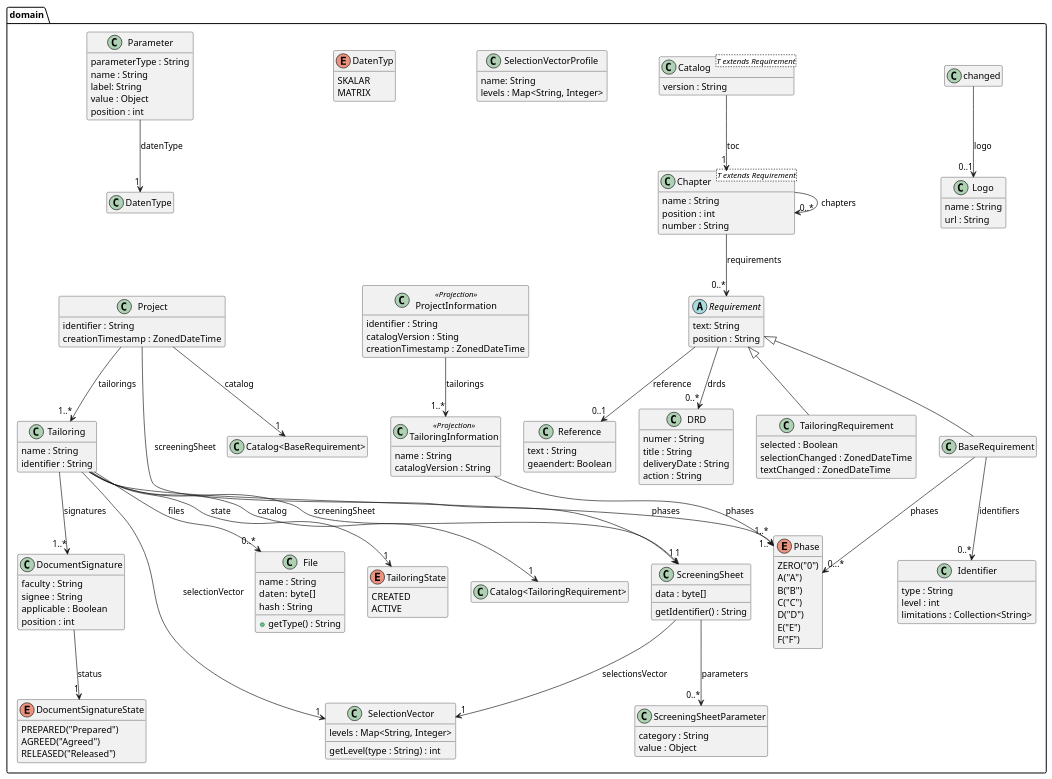
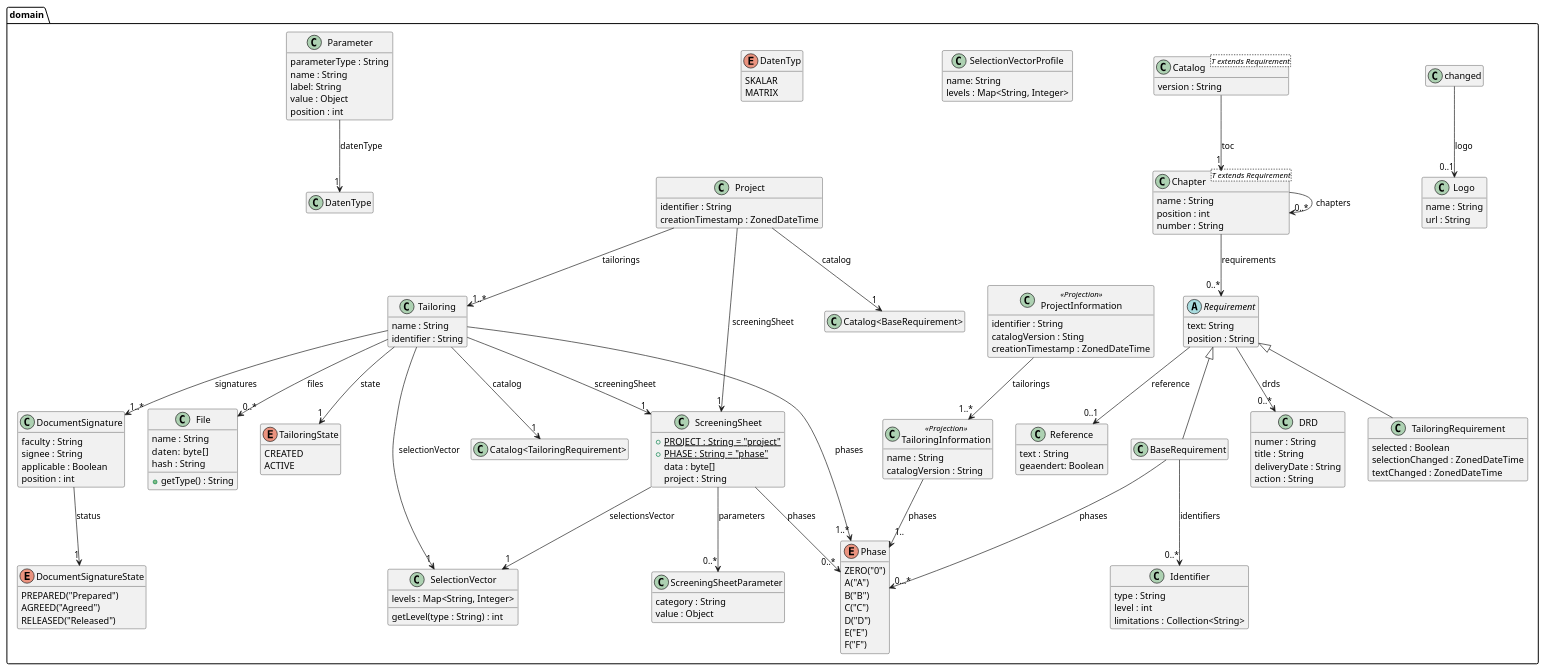
Before and after one commit to tailoringexpert/platform: the diagram in src/site/arc42/plantuml/core/domain/Ebene3.plantuml, drawn with PlantUML. The commit also changed 29 other files, not shown here.

```diff
--- a/src/site/arc42/plantuml/core/domain/Ebene3.plantuml
+++ b/src/site/arc42/plantuml/core/domain/Ebene3.plantuml
@@ -1,171 +1,174 @@
 @startuml Ebene3.png
 skinparam componentStyle uml2
 
 package domain {
 
     class Logo {
         name : String
         url : String
     }
 
     class Reference {
       text : String
       geaendert: Boolean
     }
     changed --> "0..1" Logo : logo
 
     abstract class Requirement{
       text: String
       position : String
     }
     Requirement --> "0..1" Reference : reference
     Requirement --> "0..*" DRD : drds
 
     class DRD {
         numer : String
         title : String
         deliveryDate : String
         action : String
     }
     class Identifier {
         type : String
         level : int
         limitations : Collection<String>
     }
 
     enum Phase {
         ZERO("0")
         A("A")
         B("B")
         C("C")
         D("D")
         E("E")
         F("F")
     }
 
     class BaseRequirement {
     }
     Requirement <|-- BaseRequirement
     BaseRequirement --> "0..*" Identifier : identifiers
     BaseRequirement --> "0...*" Phase : phases
 
 
     class Chapter<T extends Requirement> {
         name : String
         position : int
         number : String
     }
     Chapter --> "0..*" Chapter : chapters
     Chapter --> "0..*" Requirement : requirements
 
     class TailoringRequirement {
         selected : Boolean
         selectionChanged : ZonedDateTime
         textChanged : ZonedDateTime
     }
     Requirement <|-- TailoringRequirement
 
     class Catalog<T extends Requirement> {
         version : String
     }
     Catalog --> "1" Chapter : toc
 
 
     class SelectionVector {
         levels : Map<String, Integer>
         getLevel(type : String) : int
     }
 
     class SelectionVectorProfile {
         name: String
         levels : Map<String, Integer>
     }
 
     class ScreeningSheet {
+        +{static} PROJECT : String = "project"
+        +{static} PHASE : String = "phase"
         data : byte[]
-        getIdentifier() : String
+        project : String
     }
     ScreeningSheet --> "1" SelectionVector : selectionsVector
     ScreeningSheet -->  "0..*" ScreeningSheetParameter : parameters
+    ScreeningSheet -->  "0..*" Phase : phases
 
     class File {
         name : String
         daten:  byte[]
         hash : String
         +getType() : String
     }
 
     enum TailoringState {
         CREATED
         ACTIVE
     }
 
     class Tailoring {
         name : String
         identifier : String
     }
 
     Tailoring --> "1" SelectionVector : selectionVector
     Tailoring --> "1" ScreeningSheet : screeningSheet
     Tailoring --> "1..*" Phase : phases
     Tailoring --> "1" "Catalog<TailoringRequirement>" : catalog
     Tailoring --> "1" TailoringState : state
     Tailoring --> "0..*" File : files
     Tailoring --> "1..*" DocumentSignature : signatures
 
     class Project {
         identifier : String
         creationTimestamp : ZonedDateTime
     }
     Project --> "1..*" Tailoring : tailorings
     Project --> "1" ScreeningSheet : screeningSheet
     Project --> "1" "Catalog<BaseRequirement>" : catalog
 
     enum DatenTyp {
         SKALAR
         MATRIX
     }
 
     class Parameter {
         parameterType : String
         name : String
         label: String
         value : Object
         position : int
     }
     Parameter --> "1" DatenType : datenType
 
     enum DocumentSignatureState {
         PREPARED("Prepared")
         AGREED("Agreed")
         RELEASED("Released")
     }
 
     class DocumentSignature {
         faculty : String
         signee : String
         applicable : Boolean
         position : int
     }
     DocumentSignature --> "1" DocumentSignatureState : status
 
     class TailoringInformation<<Projection>> {
         name : String
         catalogVersion : String
     }
     TailoringInformation --> "1.." Phase : phases
 
     class ProjectInformation<<Projection>> {
         identifier : String
         catalogVersion : Sting
         creationTimestamp : ZonedDateTime
     }
     ProjectInformation --> "1..*" TailoringInformation : tailorings
 
     class ScreeningSheetParameter {
         category : String
         value : Object
     }
 }
 hide empty members
 @enduml
```
